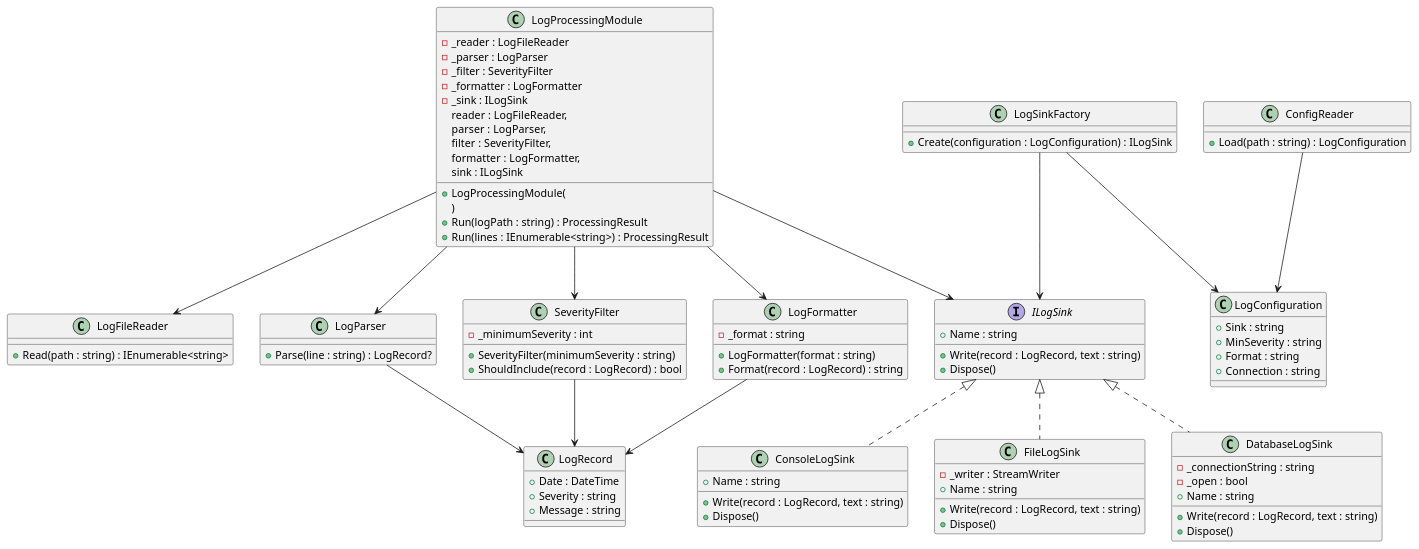
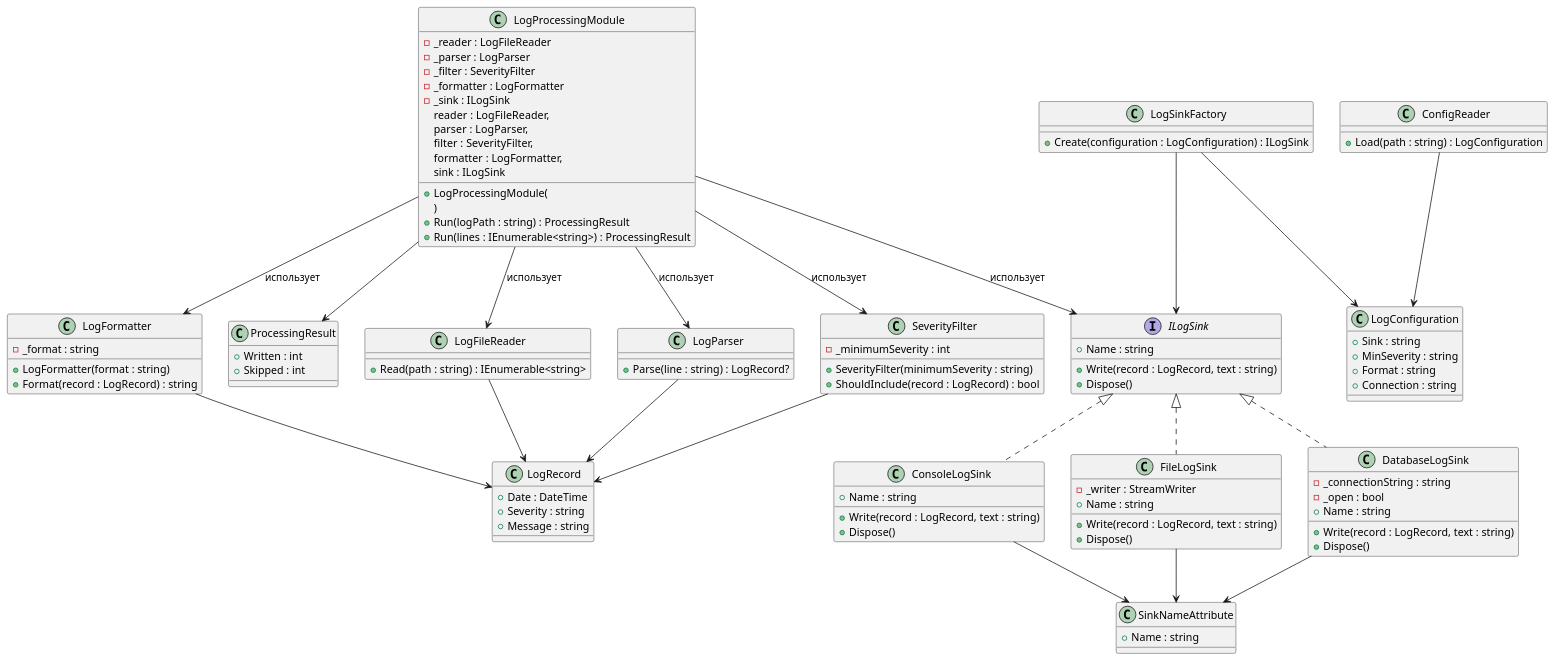
Before and after one commit to Allureeee/LogHub-workshop: the diagram in docs/diagrams/ЛР1/god-object-after.puml, drawn with PlantUML. The commit also changed 2 other files, not shown here.

Commit message:
Оформление README и изменение диаграмм ЛР1

```diff
--- a/docs/diagrams/ЛР1/god-object-after.puml
+++ b/docs/diagrams/ЛР1/god-object-after.puml
@@ -1,90 +1,101 @@
 @startuml
 
 class LogProcessingModule {
     -_reader : LogFileReader
     -_parser : LogParser
     -_filter : SeverityFilter
     -_formatter : LogFormatter
     -_sink : ILogSink
     +LogProcessingModule(
         reader : LogFileReader,
         parser : LogParser,
         filter : SeverityFilter,
         formatter : LogFormatter,
         sink : ILogSink
     )
     +Run(logPath : string) : ProcessingResult
     +Run(lines : IEnumerable<string>) : ProcessingResult
 }
 class LogFileReader {
     +Read(path : string) : IEnumerable<string>
 }
 class LogParser {
     +Parse(line : string) : LogRecord?
 }
 class SeverityFilter {
     -_minimumSeverity : int
     +SeverityFilter(minimumSeverity : string)
     +ShouldInclude(record : LogRecord) : bool
 }
 class LogFormatter {
     -_format : string
     +LogFormatter(format : string)
     +Format(record : LogRecord) : string
 }
 interface ILogSink {
     +Name : string
     +Write(record : LogRecord, text : string)
     +Dispose()
 }
 class ConsoleLogSink {
     +Name : string
     +Write(record : LogRecord, text : string)
     +Dispose()
 }
 class FileLogSink {
     -_writer : StreamWriter
     +Name : string
     +Write(record : LogRecord, text : string)
     +Dispose()
 }
 class DatabaseLogSink {
     -_connectionString : string
     -_open : bool
     +Name : string
     +Write(record : LogRecord, text : string)
     +Dispose()
 }
 class LogSinkFactory {
     +Create(configuration : LogConfiguration) : ILogSink
 }
 class ConfigReader {
     +Load(path : string) : LogConfiguration
 }
 class LogConfiguration {
     +Sink : string
     +MinSeverity : string
     +Format : string
     +Connection : string
 }
+class SinkNameAttribute {
+    +Name : string
+}
 class LogRecord {
     +Date : DateTime
     +Severity : string
     +Message : string
 }
+class ProcessingResult {
+    +Written : int
+    +Skipped : int
+}
 ILogSink <|.. ConsoleLogSink
 ILogSink <|.. FileLogSink
 ILogSink <|.. DatabaseLogSink
-LogProcessingModule --> LogFileReader
-LogProcessingModule --> LogParser
-LogProcessingModule --> SeverityFilter
-LogProcessingModule --> LogFormatter
-LogProcessingModule --> ILogSink
+LogProcessingModule --> LogFileReader : использует
+LogProcessingModule --> LogParser : использует
+LogProcessingModule --> SeverityFilter : использует
+LogProcessingModule --> LogFormatter : использует
+LogProcessingModule --> ILogSink : использует
+LogFileReader --> LogRecord
 LogParser --> LogRecord
 SeverityFilter --> LogRecord
 LogFormatter --> LogRecord
+LogProcessingModule --> ProcessingResult
+ConfigReader --> LogConfiguration
+LogSinkFactory --> LogConfiguration
 LogSinkFactory --> ILogSink
-LogSinkFactory --> LogConfiguration
-ConfigReader --> LogConfiguration
-
+ConsoleLogSink --> SinkNameAttribute
+FileLogSink --> SinkNameAttribute
+DatabaseLogSink --> SinkNameAttribute
 @enduml
```
